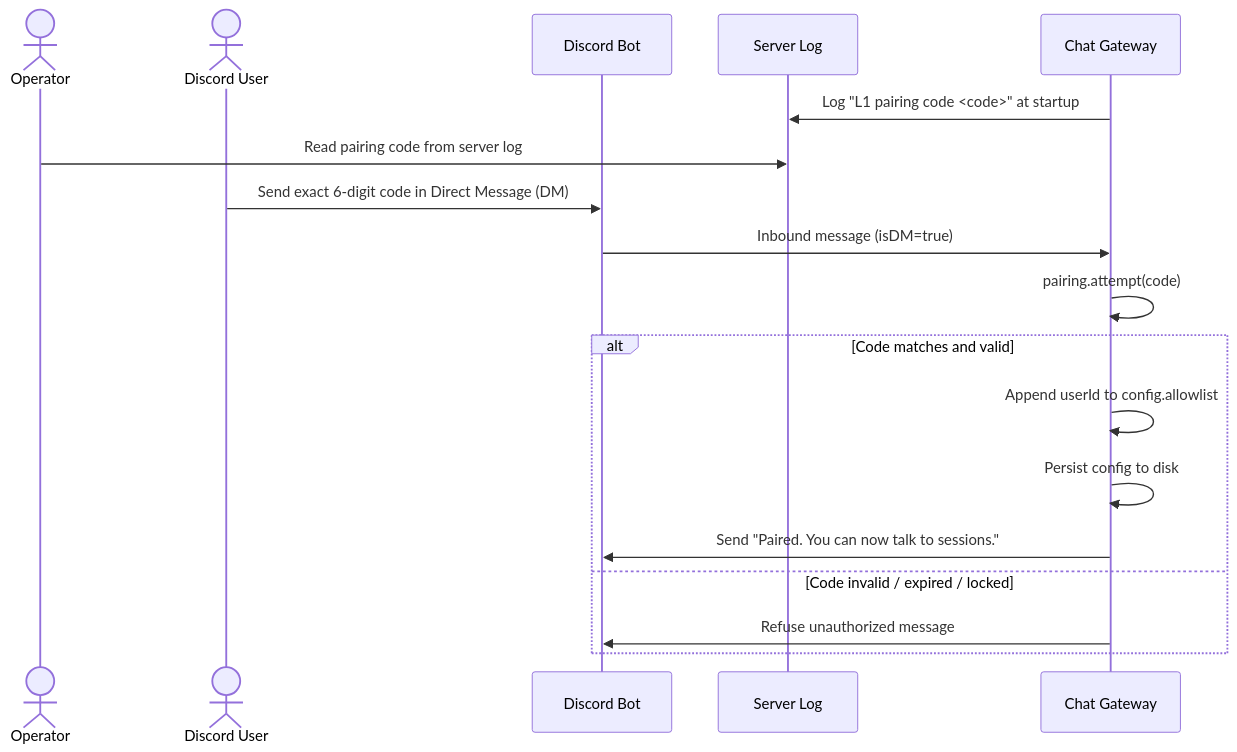
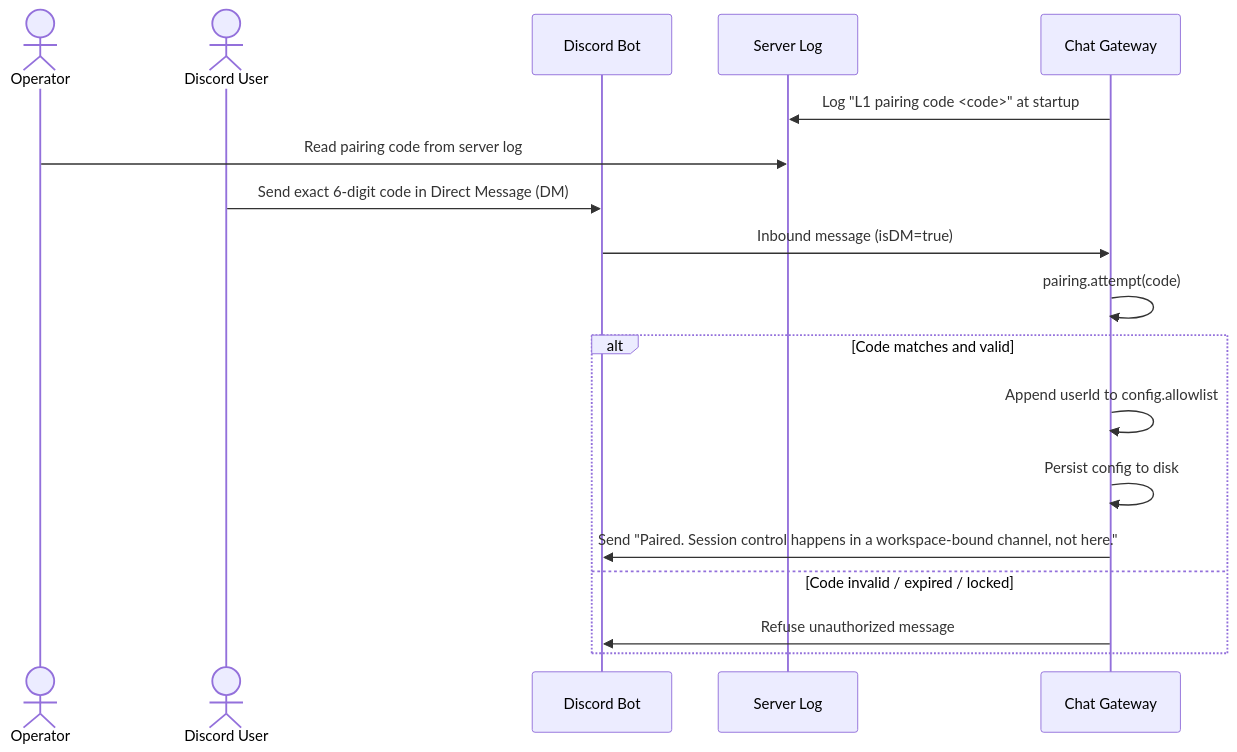
Before and after one commit to BlackBeltTechnology/pi-agent-dashboard: the first of 2 diagrams in docs/chat-gateway.md, drawn with Mermaid. The commit also changed other lines of this file and 7 other files, not shown here.

````diff
--- a/docs/chat-gateway.md
+++ b/docs/chat-gateway.md
@@ -75,21 +75,21 @@
 ```mermaid
 sequenceDiagram
   actor Op as Operator
   actor User as Discord User
   participant Bot as Discord Bot
   participant Log as Server Log
   participant GW as Chat Gateway
 
   GW->>Log: Log "L1 pairing code <code>" at startup
   Op->>Log: Read pairing code from server log
   User->>Bot: Send exact 6-digit code in Direct Message (DM)
   Bot->>GW: Inbound message (isDM=true)
   GW->>GW: pairing.attempt(code)
   alt Code matches and valid
     GW->>GW: Append userId to config.allowlist
     GW->>GW: Persist config to disk
-    GW->>Bot: Send "Paired. You can now talk to sessions."
+    GW->>Bot: Send "Paired. Session control happens in a workspace-bound channel, not here."
   else Code invalid / expired / locked
     GW->>Bot: Refuse unauthorized message
   end
 ```
````
